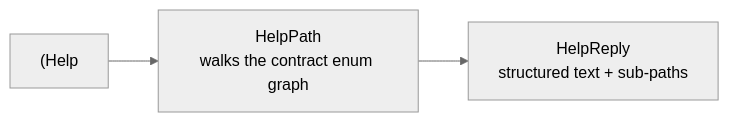
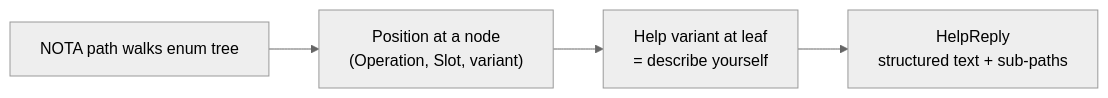
Before and after one commit to LiGoldragon/primary: the second of 2 diagrams in reports/designer/312-design-recursive-help-on-every-enum.md, drawn with Mermaid (neutral theme). The commit also changed other lines of this file and 30 other files, not shown here.

````diff
--- a/reports/designer/312-design-recursive-help-on-every-enum.md
+++ b/reports/designer/312-design-recursive-help-on-every-enum.md
@@ -63,9 +70,11 @@
 ```mermaid
 flowchart LR
-    HelpOp["(Help <path>)"]
-    Path["HelpPath<br/>walks the contract enum graph"]
+    Path["NOTA path walks enum tree"]
+    Pos["Position at a node<br/>(Operation, Slot, variant)"]
+    HelpLeaf["Help variant at leaf<br/>= describe yourself"]
     Reply["HelpReply<br/>structured text + sub-paths"]
 
-    HelpOp --> Path
-    Path --> Reply
+    Path --> Pos
+    Pos --> HelpLeaf
+    HelpLeaf --> Reply
 ```
````
